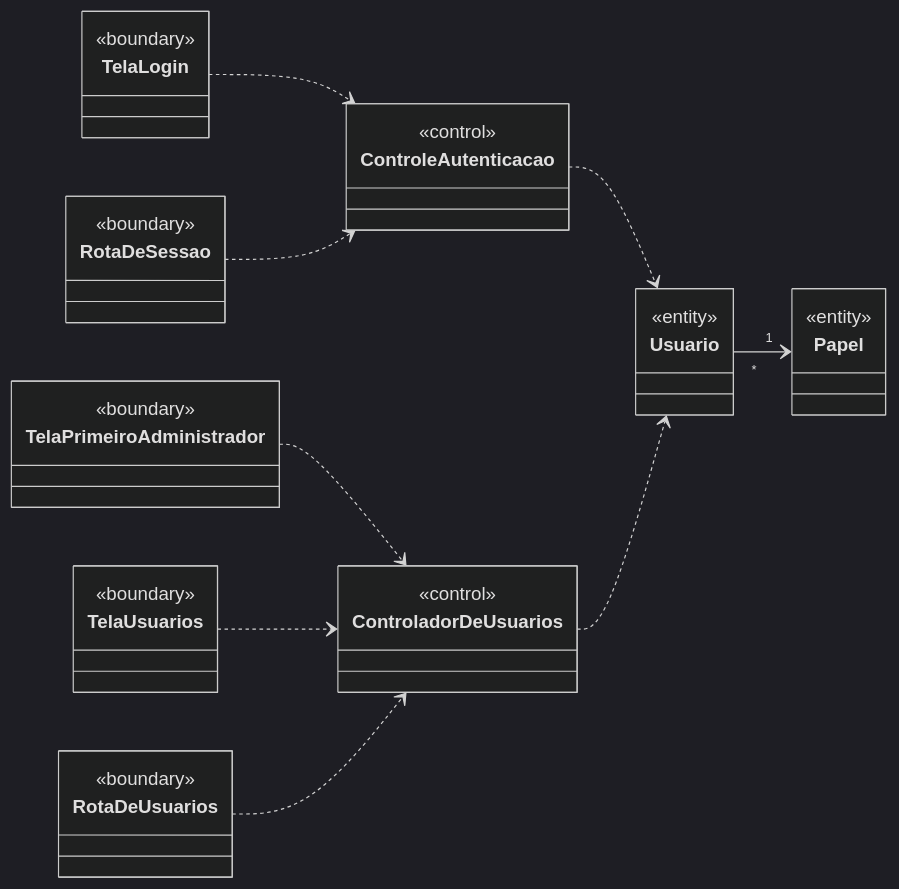
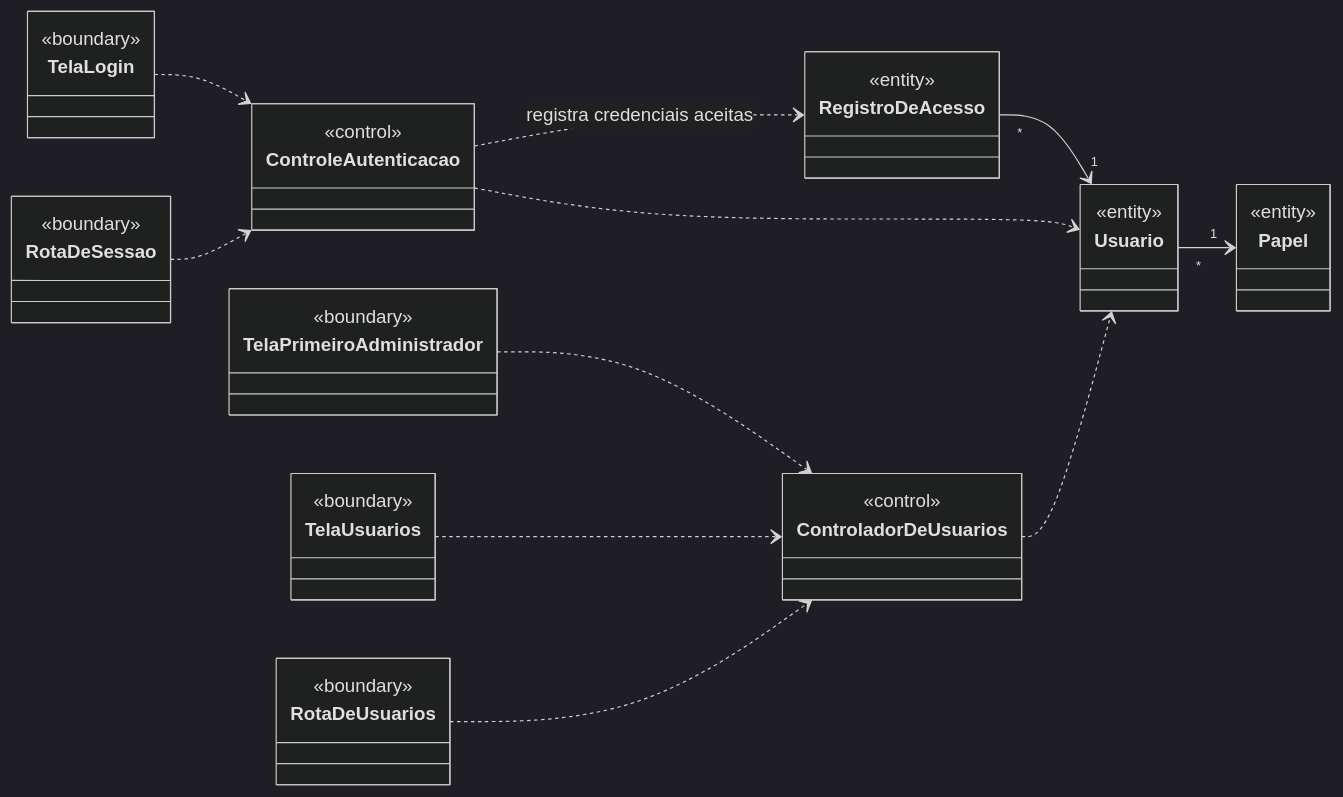
The first of 2 diagrams in docs/05-analise.md (beatrizmontenegro07/projeto-metodos), drawn with Mermaid (dark theme) before and after one commit. The commit also changed 7 other files, not shown here.

Commit message:
docs(auth): document persistent access tracking and update diagrams

````diff
--- a/docs/05-analise.md
+++ b/docs/05-analise.md
@@ -9,26 +9,29 @@
 ```mermaid
 classDiagram
     direction LR
 
     class TelaLogin { <<boundary>> }
     class TelaPrimeiroAdministrador { <<boundary>> }
     class RotaDeSessao { <<boundary>> }
     class TelaUsuarios { <<boundary>> }
     class RotaDeUsuarios { <<boundary>> }
 
     class ControleAutenticacao { <<control>> }
     class ControladorDeUsuarios { <<control>> }
 
     class Usuario { <<entity>> }
     class Papel { <<entity>> }
+    class RegistroDeAcesso { <<entity>> }
+    ControleAutenticacao ..> RegistroDeAcesso : registra credenciais aceitas
+    RegistroDeAcesso "*" --> "1" Usuario
 
     Usuario "*" --> "1" Papel
 
     TelaLogin ..> ControleAutenticacao
     RotaDeSessao ..> ControleAutenticacao
     TelaPrimeiroAdministrador ..> ControladorDeUsuarios
     TelaUsuarios ..> ControladorDeUsuarios
     RotaDeUsuarios ..> ControladorDeUsuarios
     ControleAutenticacao ..> Usuario
     ControladorDeUsuarios ..> Usuario
 ```
````
